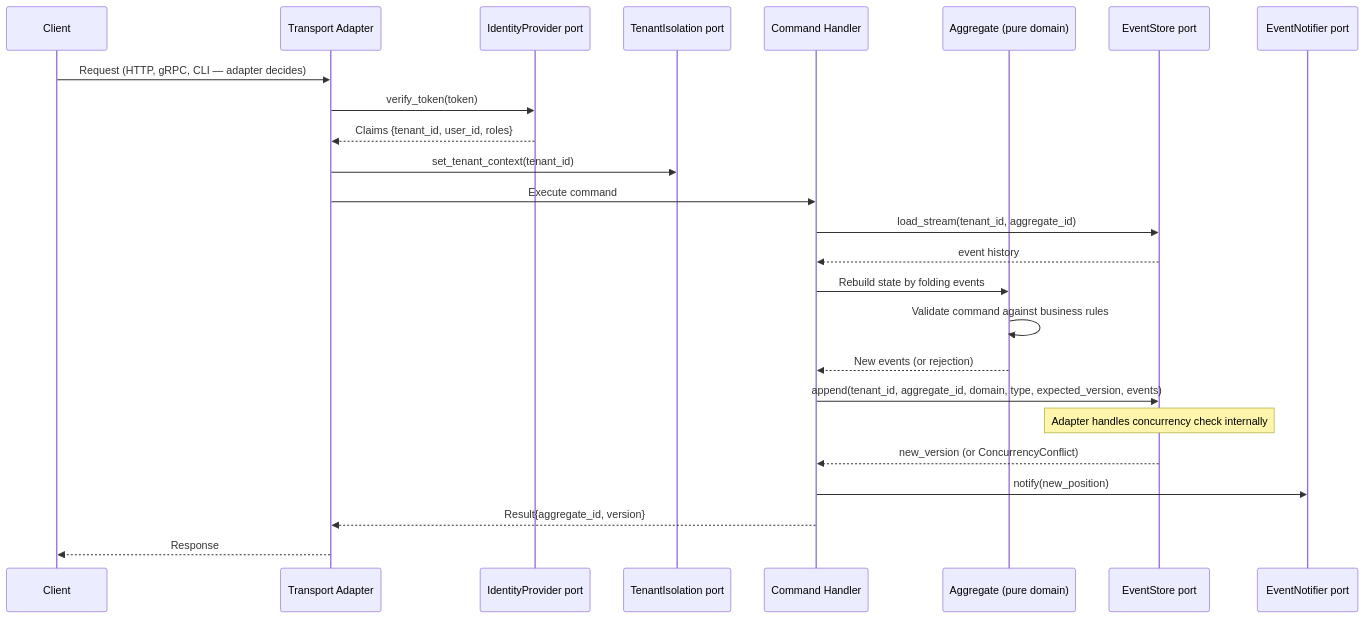
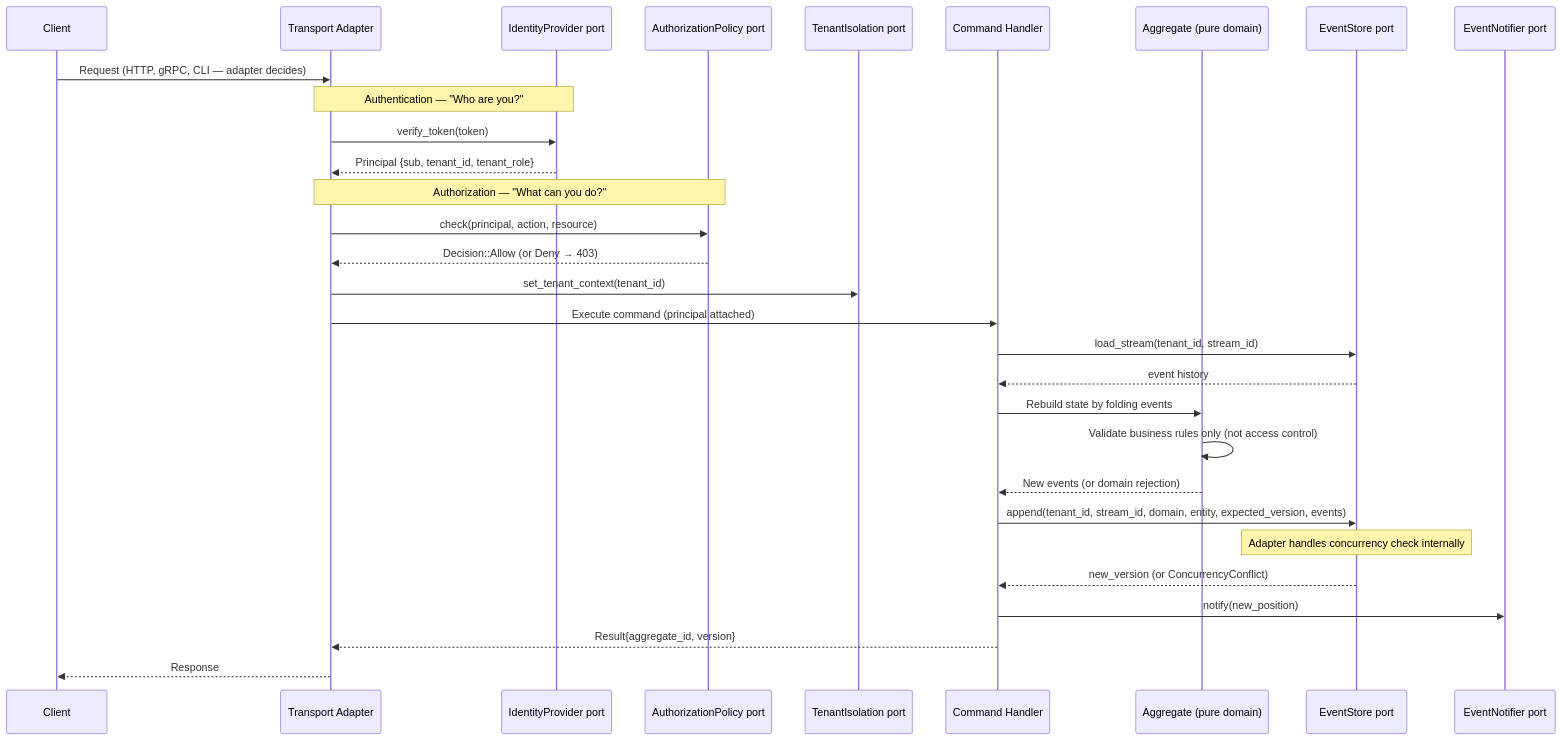
The fourth of 19 diagrams in .claude/.notes/Event-Driven-System.md (hlop3z/claude-ai-dangerous), drawn with Mermaid before and after one commit. The commit also changed other lines of this file, not shown here.

````diff
--- a/.claude/.notes/Event-Driven-System.md
+++ b/.claude/.notes/Event-Driven-System.md
@@ -921,33 +1074,40 @@
 ```mermaid
 sequenceDiagram
     participant Client
     participant API as Transport Adapter
-    participant Auth as IdentityProvider port
+    participant IdP as IdentityProvider port
+    participant AuthZ as AuthorizationPolicy port
     participant TI as TenantIsolation port
     participant Cmd as Command Handler
     participant Agg as Aggregate (pure domain)
     participant ES as EventStore port
     participant Notifier as EventNotifier port
 
     Client->>API: Request (HTTP, gRPC, CLI — adapter decides)
-    API->>Auth: verify_token(token)
-    Auth-->>API: Claims {tenant_id, user_id, roles}
+
+    Note over API,IdP: Authentication — "Who are you?"
+    API->>IdP: verify_token(token)
+    IdP-->>API: Principal {sub, tenant_id, tenant_role}
+
+    Note over API,AuthZ: Authorization — "What can you do?"
+    API->>AuthZ: check(principal, action, resource)
+    AuthZ-->>API: Decision::Allow (or Deny → 403)
 
     API->>TI: set_tenant_context(tenant_id)
-    API->>Cmd: Execute command
+    API->>Cmd: Execute command (principal attached)
 
-    Cmd->>ES: load_stream(tenant_id, aggregate_id)
+    Cmd->>ES: load_stream(tenant_id, stream_id)
     ES-->>Cmd: event history
 
     Cmd->>Agg: Rebuild state by folding events
-    Agg->>Agg: Validate command against business rules
-    Agg-->>Cmd: New events (or rejection)
+    Agg->>Agg: Validate business rules only (not access control)
+    Agg-->>Cmd: New events (or domain rejection)
 
-    Cmd->>ES: append(tenant_id, aggregate_id, domain, type, expected_version, events)
+    Cmd->>ES: append(tenant_id, stream_id, domain, entity, expected_version, events)
     Note over ES: Adapter handles concurrency check internally
 
     ES-->>Cmd: new_version (or ConcurrencyConflict)
     Cmd->>Notifier: notify(new_position)
     Cmd-->>API: Result{aggregate_id, version}
     API-->>Client: Response
 ```
````
